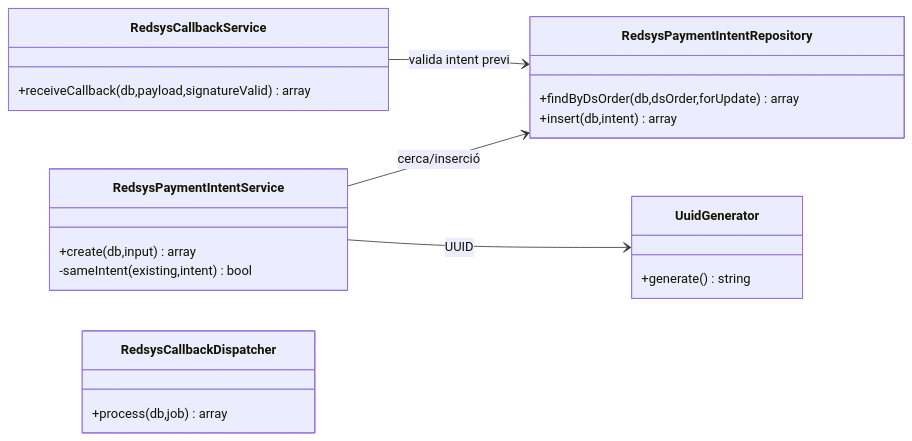
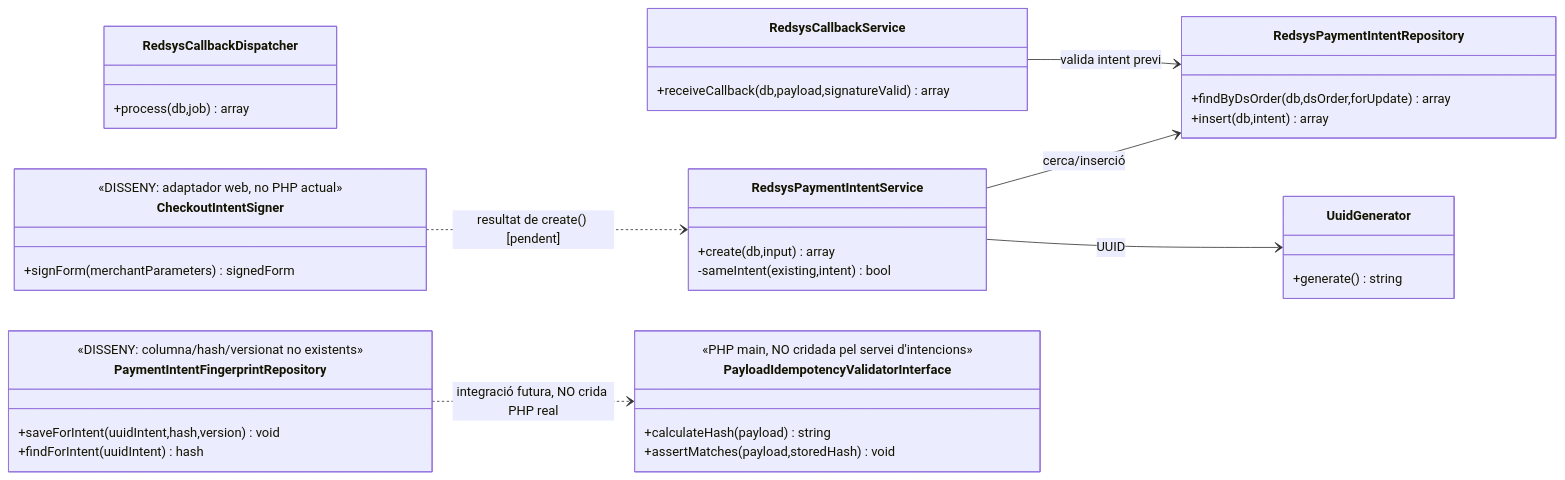
Before and after one commit to orgmeriemprismacat-del/verifactu: the second of 3 diagrams in documentacio/07-uml-integrat/uc-063-crear-intencio-redsys.md, drawn with Mermaid. The commit also changed other lines of this file, not shown here.

Commit message:
docs(uml): UC-63 integra contrast v2 de signatura i hash d'intenció amb frontera PHP real

````diff
--- a/documentacio/07-uml-integrat/uc-063-crear-intencio-redsys.md
+++ b/documentacio/07-uml-integrat/uc-063-crear-intencio-redsys.md
@@ -90,24 +107,40 @@
 ```mermaid
 classDiagram
 direction LR
 class RedsysPaymentIntentService {
  +create(db,input) array
  -sameIntent(existing,intent) bool
 }
 class RedsysPaymentIntentRepository {
  +findByDsOrder(db,dsOrder,forUpdate) array
  +insert(db,intent) array
 }
 class UuidGenerator {
  +generate() string
 }
 class RedsysCallbackService {
  +receiveCallback(db,payload,signatureValid) array
 }
 class RedsysCallbackDispatcher {
  +process(db,job) array
 }
 RedsysPaymentIntentService --> RedsysPaymentIntentRepository : cerca/inserció
 RedsysPaymentIntentService --> UuidGenerator : UUID
+class CheckoutIntentSigner {
+ <<DISSENY: adaptador web, no PHP actual>>
+ +signForm(merchantParameters) signedForm
+}
+class PayloadIdempotencyValidatorInterface {
+ <<PHP main, NO cridada pel servei d'intencions>>
+ +calculateHash(payload) string
+ +assertMatches(payload,storedHash) void
+}
+class PaymentIntentFingerprintRepository {
+ <<DISSENY: columna/hash/versionat no existents>>
+ +saveForIntent(uuidIntent,hash,version) void
+ +findForIntent(uuidIntent) hash
+}
+CheckoutIntentSigner ..> RedsysPaymentIntentService : resultat de create() [pendent]
+PaymentIntentFingerprintRepository ..> PayloadIdempotencyValidatorInterface : integració futura, NO crida PHP real
 RedsysCallbackService --> RedsysPaymentIntentRepository : valida intent previ
 ```
````
